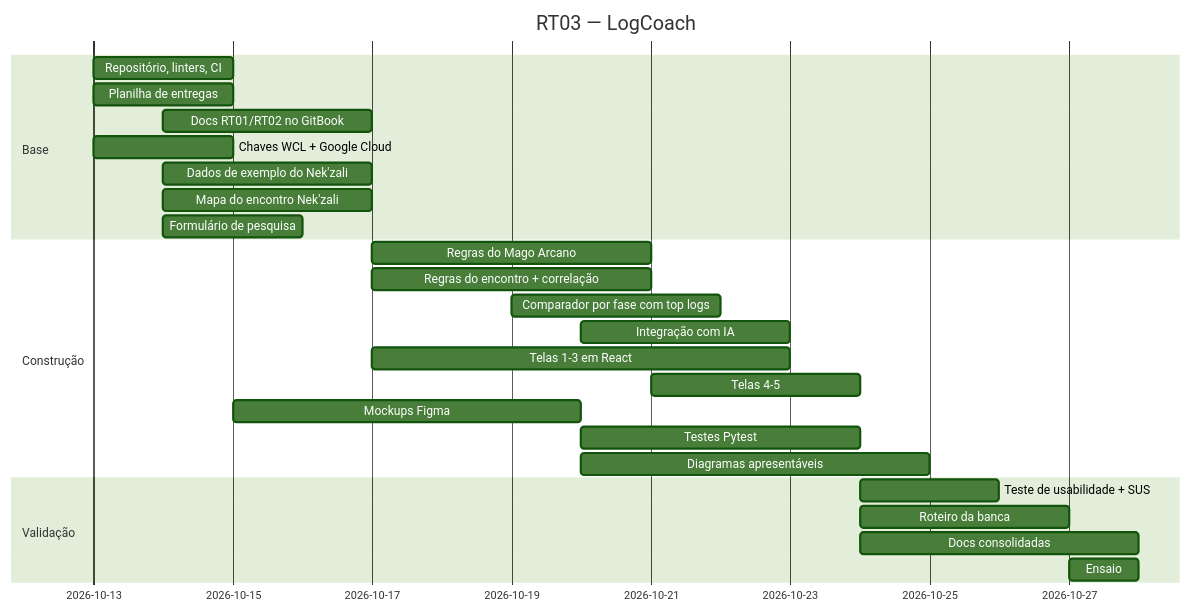
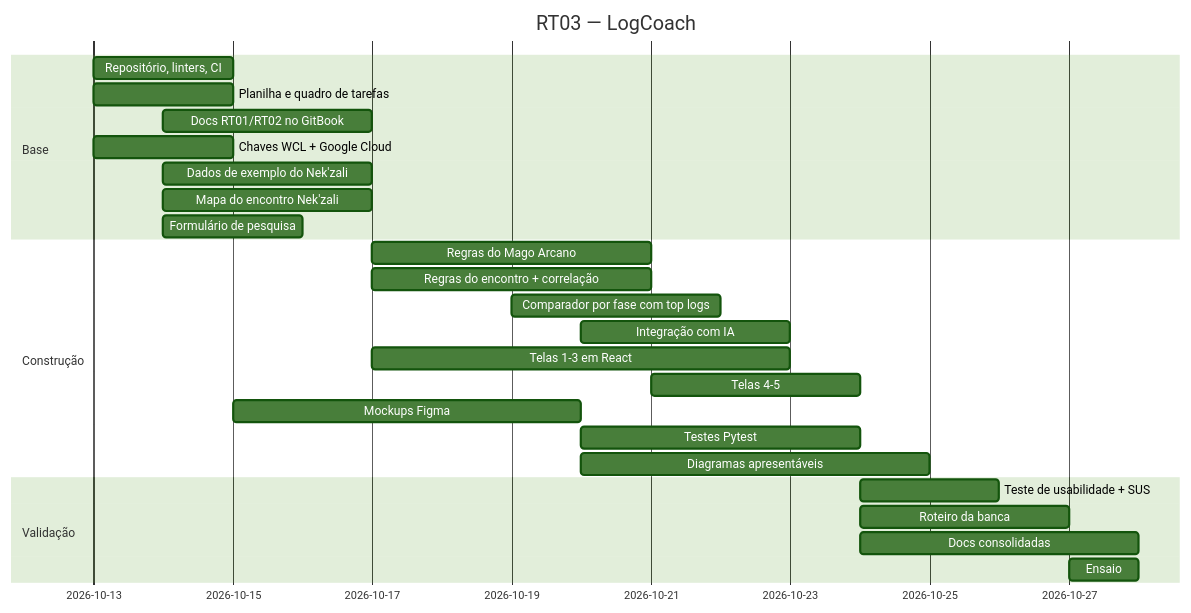
Before and after one commit to jp4inbr/LogCoach: the diagram in docs/06-planejamento-de-tarefas.md, drawn with Mermaid (forest theme). The commit also changed other lines of this file, not shown here.

First line of the commit message:
docs(tarefas): planilha do Luiz para prazos e GitHub Projects como quadro de tarefas

````diff
--- a/docs/06-planejamento-de-tarefas.md
+++ b/docs/06-planejamento-de-tarefas.md
@@ -37,28 +41,28 @@
 ```mermaid
 gantt
     dateFormat  YYYY-MM-DD
     title RT03 — LogCoach
     section Base
     Repositório, linters, CI          :2026-10-13, 2d
-    Planilha de entregas              :2026-10-13, 2d
+    Planilha e quadro de tarefas      :2026-10-13, 2d
     Docs RT01/RT02 no GitBook         :2026-10-14, 3d
     Chaves WCL + Google Cloud         :2026-10-13, 2d
     Dados de exemplo do Nek'zali      :2026-10-14, 3d
     Mapa do encontro Nek'zali         :2026-10-14, 3d
     Formulário de pesquisa            :2026-10-14, 2d
     section Construção
     Regras do Mago Arcano             :2026-10-17, 4d
     Regras do encontro + correlação   :2026-10-17, 4d
     Comparador por fase com top logs  :2026-10-19, 3d
     Integração com IA                 :2026-10-20, 3d
     Telas 1-3 em React                :2026-10-17, 6d
     Telas 4-5                         :2026-10-21, 3d
     Mockups Figma                     :2026-10-15, 5d
     Testes Pytest                     :2026-10-20, 4d
     Diagramas apresentáveis           :2026-10-20, 5d
     section Validação
     Teste de usabilidade + SUS        :2026-10-24, 2d
     Roteiro da banca                  :2026-10-24, 3d
     Docs consolidadas                 :2026-10-24, 4d
     Ensaio                            :2026-10-27, 1d
 ```
````
